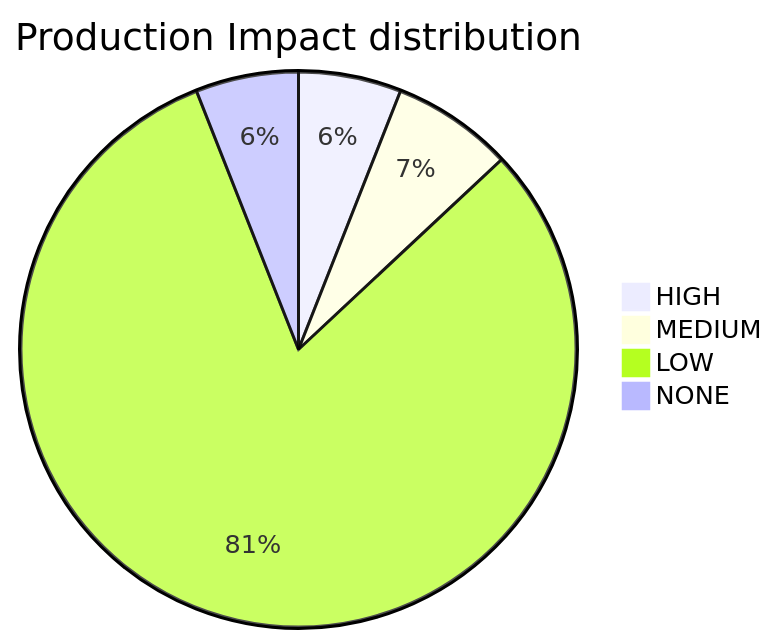
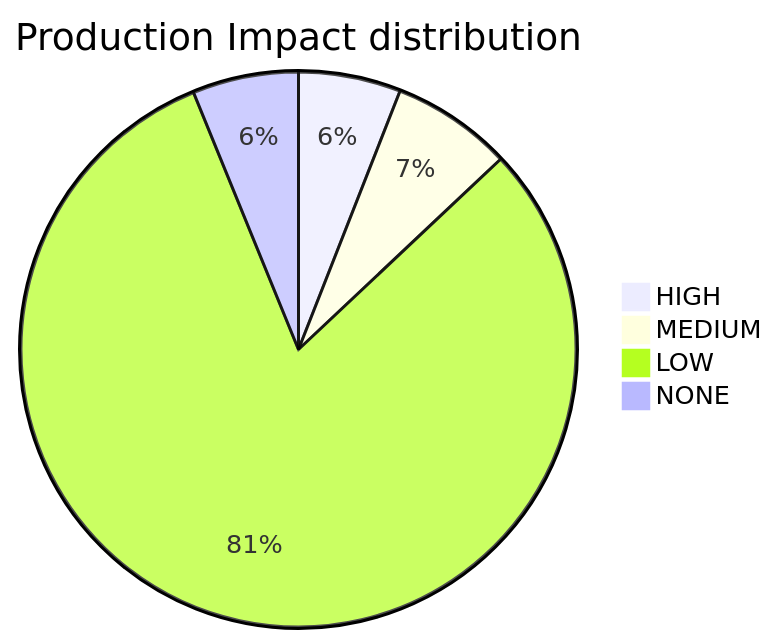
The diagram in PLATFORM_HEALTH.md (mikeybeezy/goldenpath-idp-infra), drawn with Mermaid before and after one commit. The commit also changed other lines of this file, not shown here.

````diff
--- a/PLATFORM_HEALTH.md
+++ b/PLATFORM_HEALTH.md
@@ -55,7 +55,7 @@
 ```mermaid
 pie title Production Impact distribution
     "HIGH" : 28
     "MEDIUM" : 33
-    "LOW" : 379
-    "NONE" : 28
+    "LOW" : 380
+    "NONE" : 29
 ```
````
